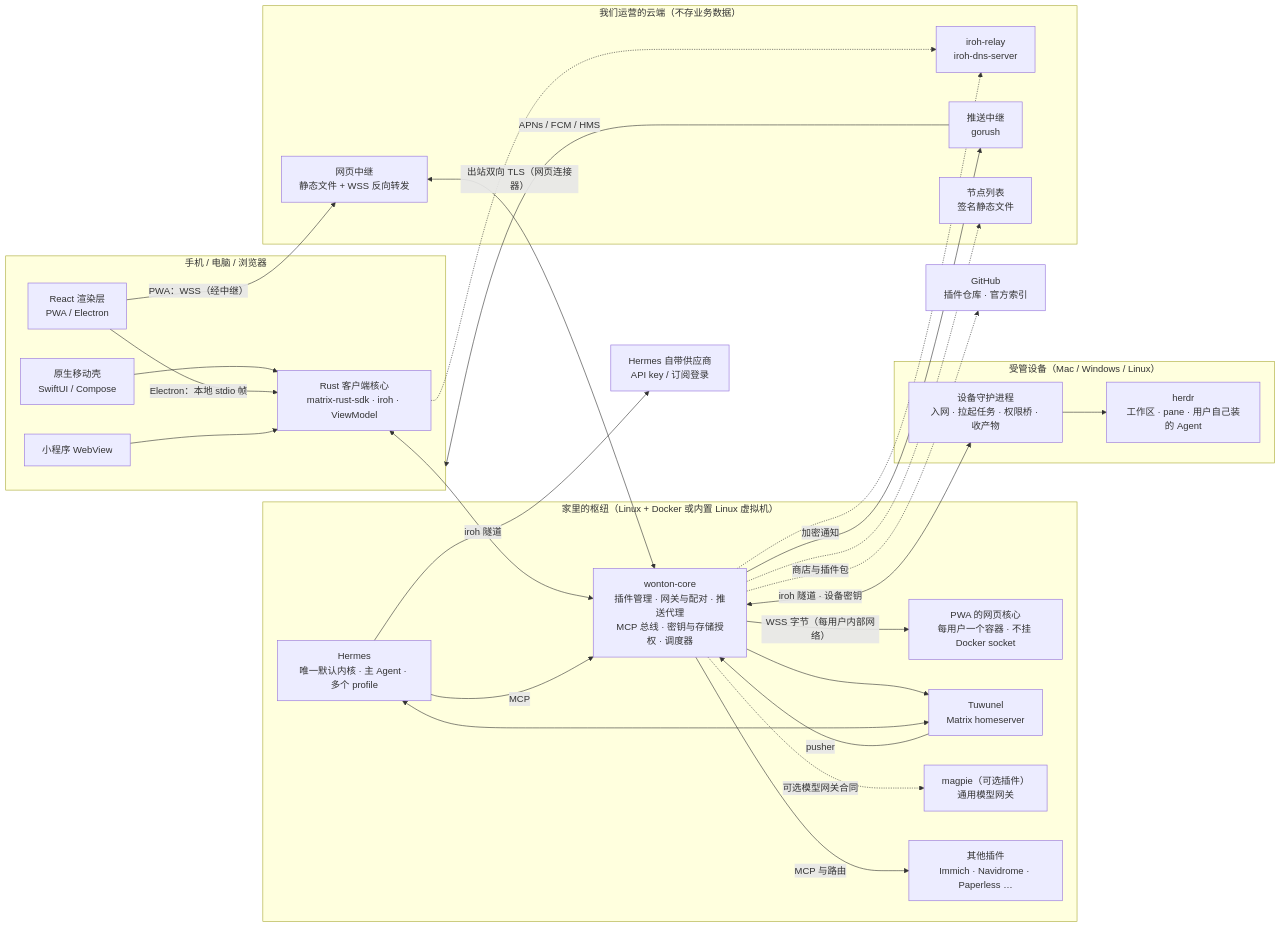
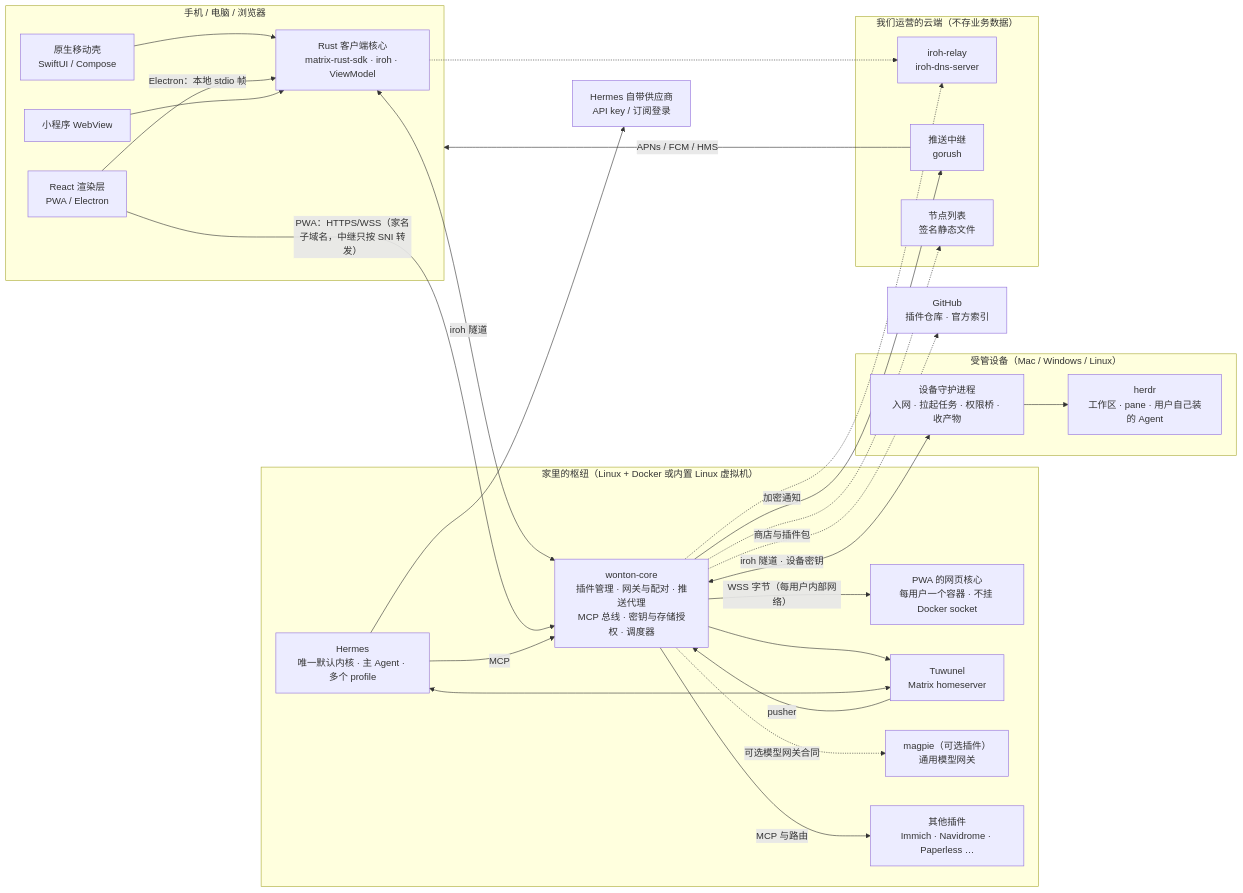
The diagram in docs/ARCHITECTURE.md (wontonapp/wonton), drawn with Mermaid before and after one commit. The commit also changed other lines of this file and 8 other files, not shown here.

First line of the commit message:
docs(adr): 网页和 TLS 改在家里，用家名子域名、签名前端包，中继只按 SNI 转发

````diff
--- a/docs/ARCHITECTURE.md
+++ b/docs/ARCHITECTURE.md
@@ -15,56 +15,54 @@
 ```mermaid
 flowchart LR
   subgraph Client["手机 / 电脑 / 浏览器"]
     Shell["原生移动壳\nSwiftUI / Compose"]
     React["React 渲染层\nPWA / Electron"]
     ClientCore["Rust 客户端核心\nmatrix-rust-sdk · iroh · ViewModel"]
     WebView["小程序 WebView"]
     Shell --> ClientCore
     React -->|"Electron：本地 stdio 帧"| ClientCore
     WebView --> ClientCore
   end
 
   subgraph Home["家里的枢纽（Linux + Docker 或内置 Linux 虚拟机）"]
     Core["wonton-core\n插件管理 · 网关与配对 · 推送代理\nMCP 总线 · 密钥与存储授权 · 调度器"]
     WebSession["PWA 的网页核心\n每用户一个容器 · 不挂 Docker socket"]
     Tuwunel["Tuwunel\nMatrix homeserver"]
     Agent["Hermes\n唯一默认内核 · 主 Agent · 多个 profile"]
     Magpie["magpie（可选插件）\n通用模型网关"]
     Plugins["其他插件\nImmich · Navidrome · Paperless …"]
   end
 
   subgraph Devices["受管设备（Mac / Windows / Linux）"]
     DeviceAgent["设备守护进程\n入网 · 拉起任务 · 权限桥 · 收产物"]
     Herdr["herdr\n工作区 · pane · 用户自己装的 Agent"]
     DeviceAgent --> Herdr
   end
 
   subgraph Cloud["我们运营的云端（不存业务数据）"]
     Relay["iroh-relay\niroh-dns-server"]
-    WebRelay["网页中继\n静态文件 + WSS 反向转发"]
     PushRelay["推送中继\ngorush"]
     Catalog["节点列表\n签名静态文件"]
   end
 
   GitHub["GitHub\n插件仓库 · 官方索引"]
   Providers["Hermes 自带供应商\nAPI key / 订阅登录"]
 
   ClientCore <-->|"iroh 隧道"| Core
   Core <-->|"iroh 隧道 · 设备密钥"| DeviceAgent
-  React -->|"PWA：WSS（经中继）"| WebRelay
-  WebRelay <-->|"出站双向 TLS（网页连接器）"| Core
+  React -->|"PWA：HTTPS/WSS（家名子域名，中继只按 SNI 转发）"| Core
   Core -->|"WSS 字节（每用户内部网络）"| WebSession
   Core --> Tuwunel
   Agent <--> Tuwunel
   Agent --> Providers
   Agent -->|"MCP"| Core
   Core -->|"MCP 与路由"| Plugins
   Core -.->|"可选模型网关合同"| Magpie
   Tuwunel -->|"pusher"| Core
   Core -->|"加密通知"| PushRelay
   PushRelay -->|"APNs / FCM / HMS"| Client
   Core -.-> Relay
   ClientCore -.-> Relay
   Core -.-> Catalog
   Core -.->|"商店与插件包"| GitHub
 ```
````
